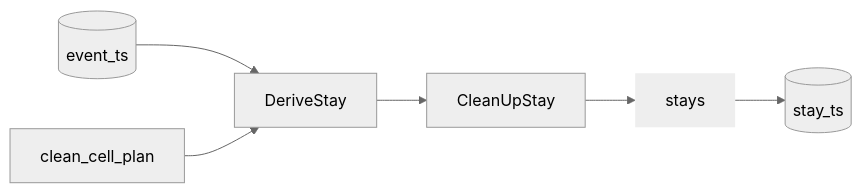
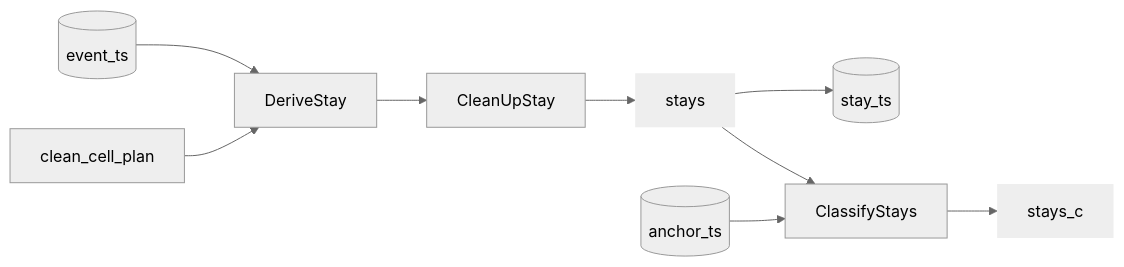
One commit to djvanderlaan/pipeline changed the second of 14 diagrams in README.md. Above: the diagram before and after it, drawn with Mermaid (neutral theme).

Commit message:
Classify Stays

````diff
--- a/README.md
+++ b/README.md
@@ -19,7 +19,11 @@
 ```mermaid
 flowchart LR
   event_ts[(event_ts)] --> DeriveStay --> CleanUpStay --> stays:::data --> stay_ts[(stay_ts)]
   clean_cell_plan --> DeriveStay
 
+  stays:::data --> ClassifyStays --> stays_c:::data
+
+  anchor_ts[(anchor_ts)] --> ClassifyStays
+
 classDef data stroke-width:0px
 ```
````
